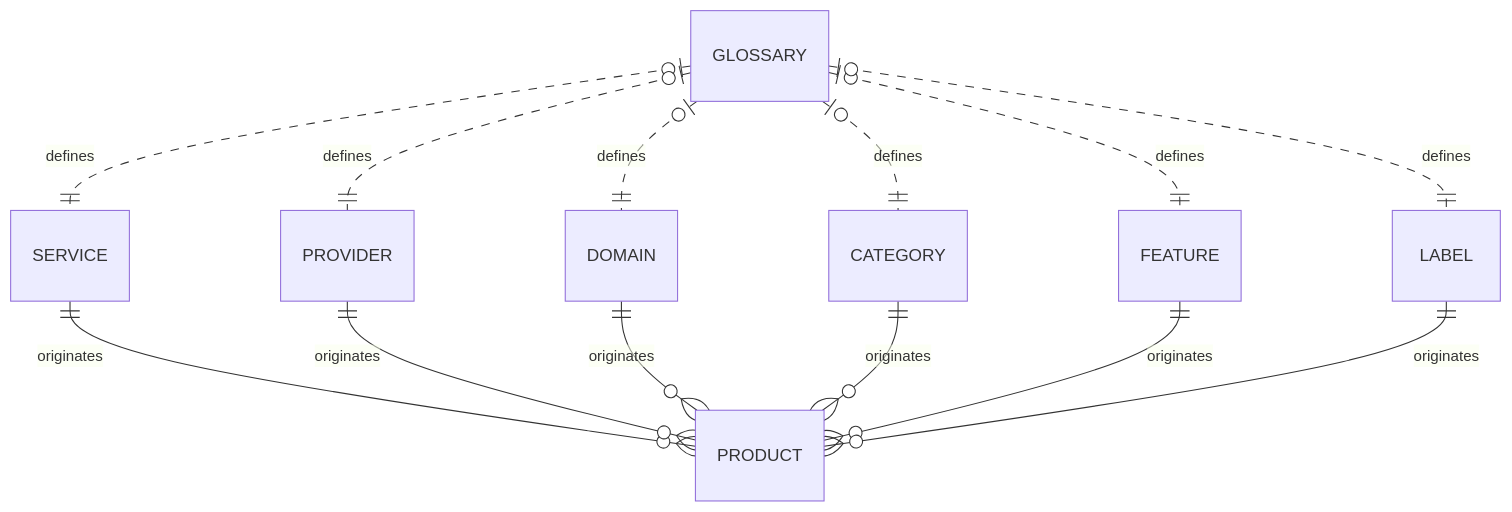
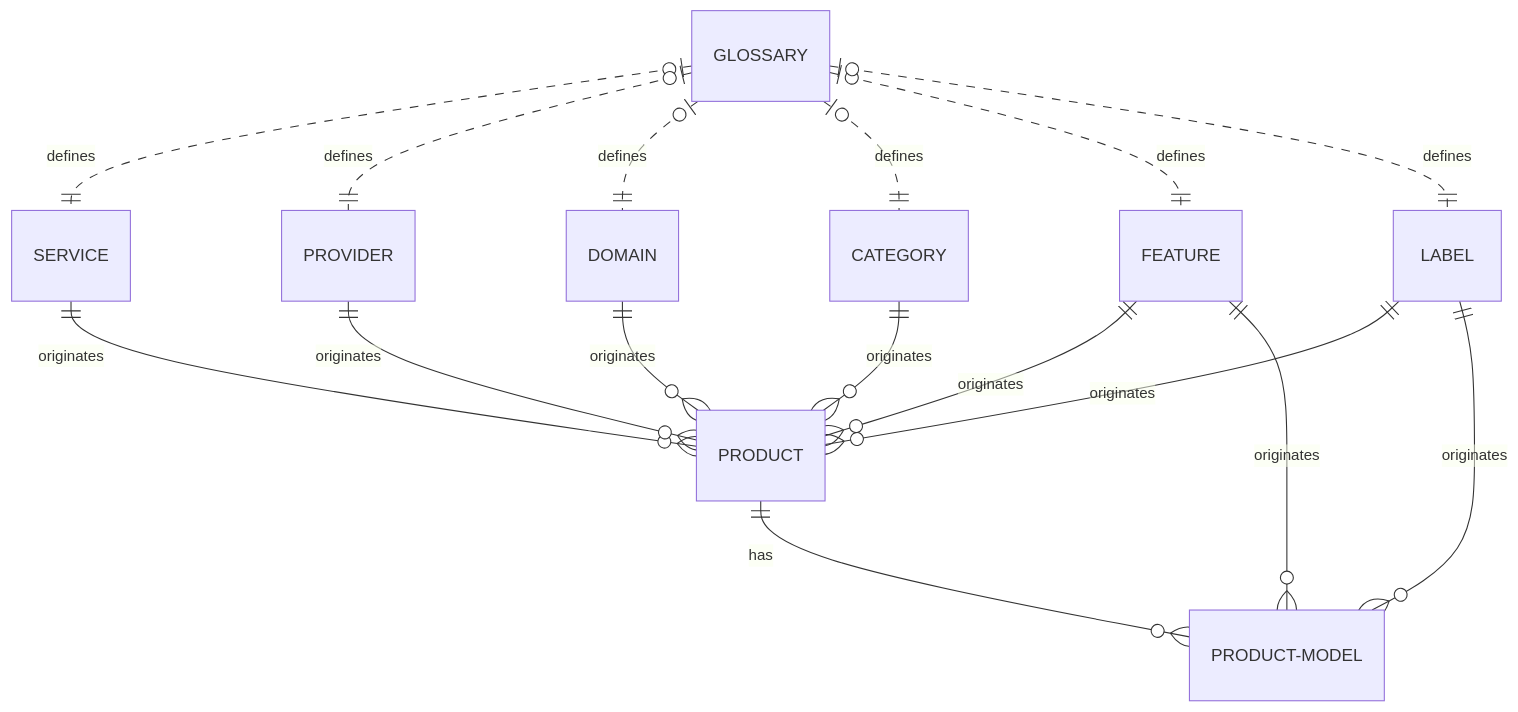
One commit to lexical-cloud/lexical-cloud-docs changed the first of 4 diagrams in en/pages/data-model.md. Above: the diagram before and after it, drawn with Mermaid. The commit also changed other lines of this file, not shown here.

Commit message:
added product model to data model page

````diff
--- a/en/pages/data-model.md
+++ b/en/pages/data-model.md
@@ -23,15 +24,18 @@
 ```mermaid
 erDiagram
     GLOSSARY |o..|| SERVICE : defines
     GLOSSARY |o..|| PROVIDER : defines
     GLOSSARY |o..|| DOMAIN : defines
     GLOSSARY |o..|| CATEGORY : defines
     GLOSSARY |o..|| FEATURE : defines
     GLOSSARY |o..|| LABEL : defines
     SERVICE ||--o{ PRODUCT : originates
     PROVIDER ||--o{ PRODUCT : originates
     DOMAIN ||--o{ PRODUCT : originates
     CATEGORY ||--o{ PRODUCT : originates
     FEATURE ||--o{ PRODUCT : originates
+    FEATURE ||--o{ PRODUCT-MODEL : originates
     LABEL ||--o{ PRODUCT : originates
+    LABEL ||--o{ PRODUCT-MODEL : originates
+    PRODUCT ||--o{ PRODUCT-MODEL : has
 ```
````
